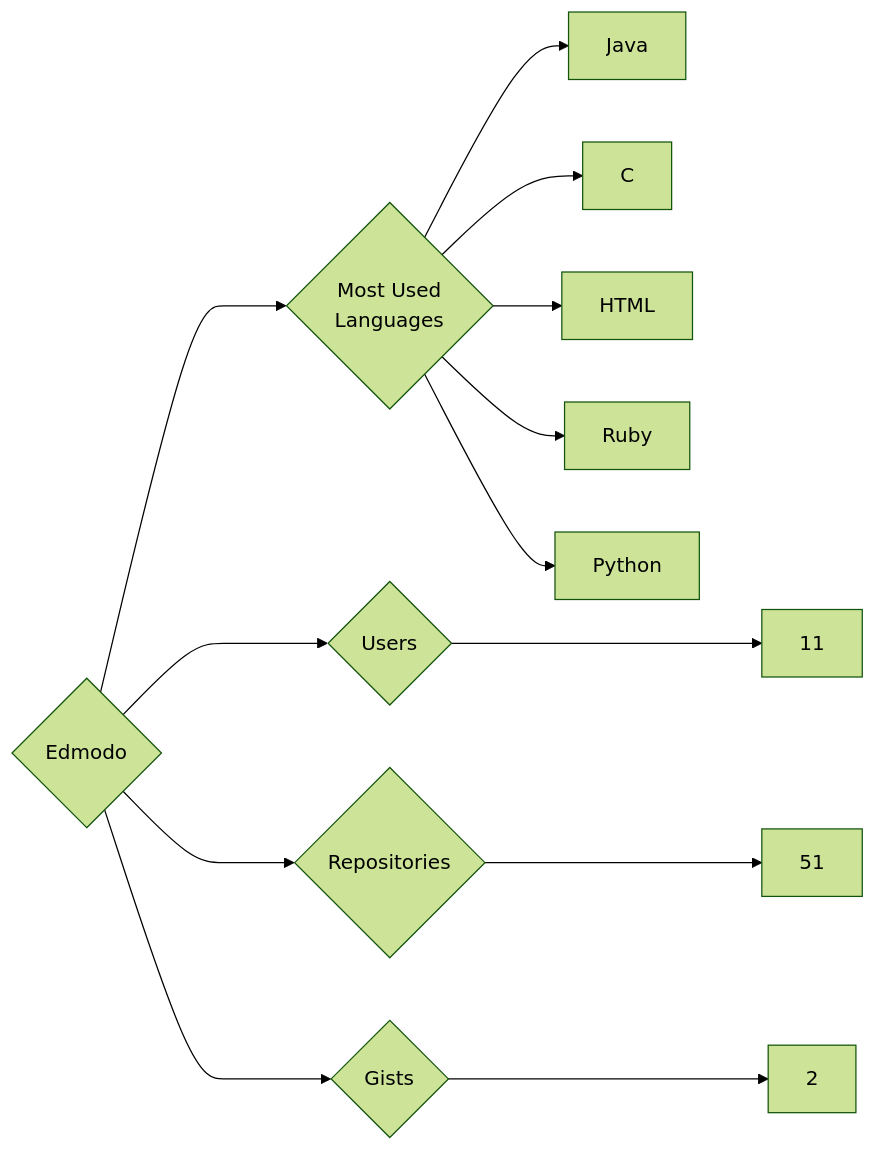
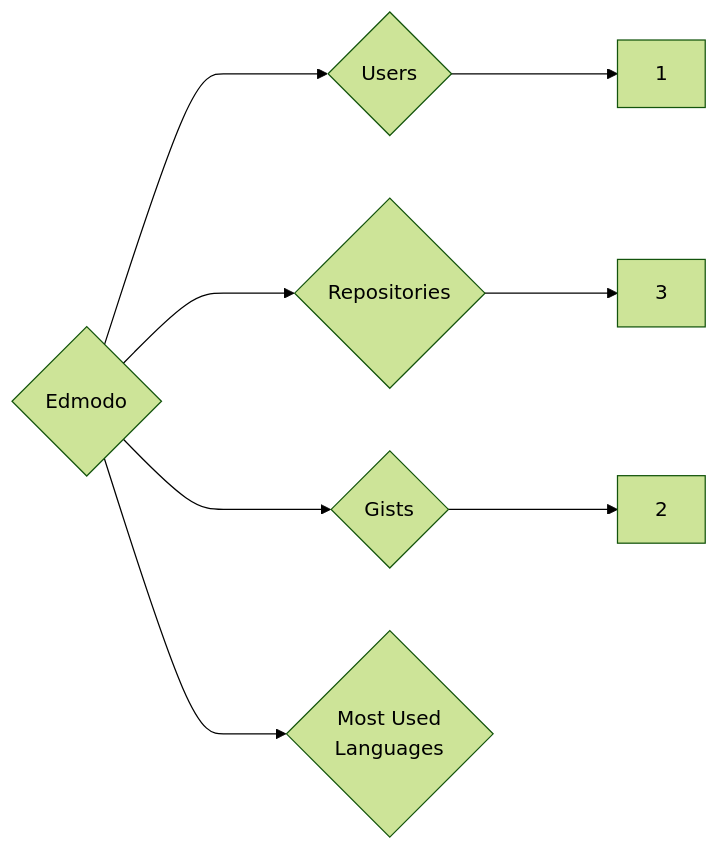
Before and after one commit to trickest/insiders: the diagram in targets/Edmodo/README.md, drawn with Mermaid (forest theme). The commit also changed 553 other files, not shown here.

````diff
--- a/targets/Edmodo/README.md
+++ b/targets/Edmodo/README.md
@@ -3,13 +3,8 @@
 ```mermaid
 graph LR
 COMPANY_NAME{Edmodo}
-COMPANY_NAME ---> U{Users} ---> UN[11]
-COMPANY_NAME ---> R{Repositories} ---> RN[51]
+COMPANY_NAME ---> U{Users} ---> UN[1]
+COMPANY_NAME ---> R{Repositories} ---> RN[3]
 COMPANY_NAME ---> G{Gists} ---> GN[2]
 COMPANY_NAME ---> ML{Most Used<br>Languages}
-ML --> Java[Java]
-ML --> C[C]
-ML --> HTML[HTML]
-ML --> Ruby[Ruby]
-ML --> Python[Python]
 ```
````
